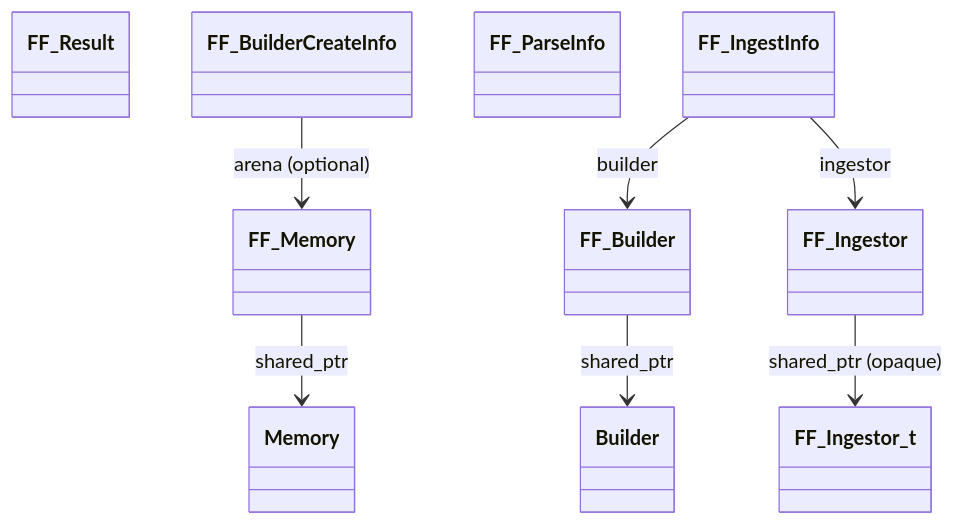
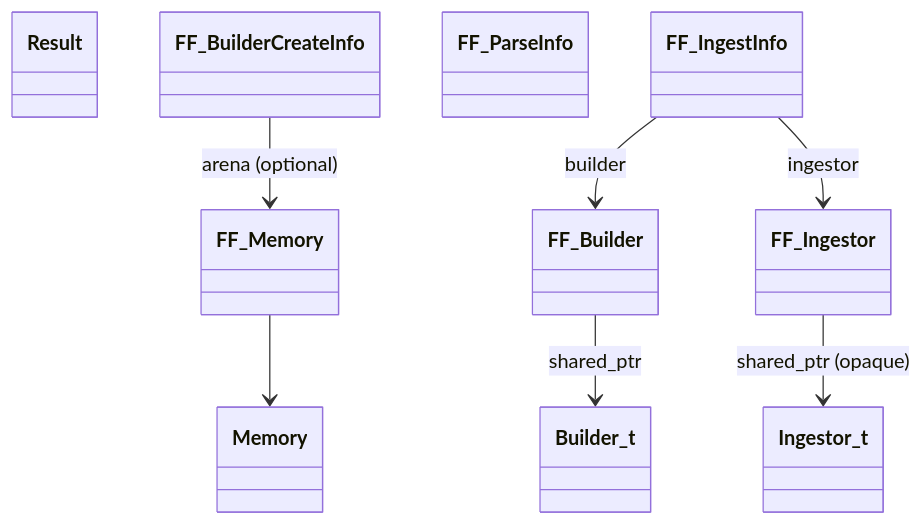
One commit to ryanlandvater/FastFHIR changed the first of 2 diagrams in docs/api.adoc. Above: the diagram before and after it, drawn with Mermaid. The commit also changed other lines of this file and 74 other files, not shown here.

````diff
--- a/docs/api.adoc
+++ b/docs/api.adoc
@@ -60,19 +72,19 @@
 ```mermaid
 classDiagram
+    class Memory { }
+    class Builder_t { }
+    class Ingestor_t { }
     class FF_Memory { }
     class FF_Builder { }
     class FF_Ingestor { }
-    class Memory { }
-    class Builder { }
-    class FF_Ingestor_t { }
-    FF_Memory --> Memory : shared_ptr
-    FF_Builder --> Builder : shared_ptr
-    FF_Ingestor --> FF_Ingestor_t : shared_ptr (opaque)
-    class FF_Result { }
+    FF_Memory --> Memory
+    FF_Builder --> Builder_t : shared_ptr
+    FF_Ingestor --> Ingestor_t : shared_ptr (opaque)
+    class Result { }
     class FF_BuilderCreateInfo { }
     class FF_ParseInfo { }
     class FF_IngestInfo { }
     FF_BuilderCreateInfo --> FF_Memory : arena (optional)
     FF_IngestInfo --> FF_Builder : builder
     FF_IngestInfo --> FF_Ingestor : ingestor
 ```
````
